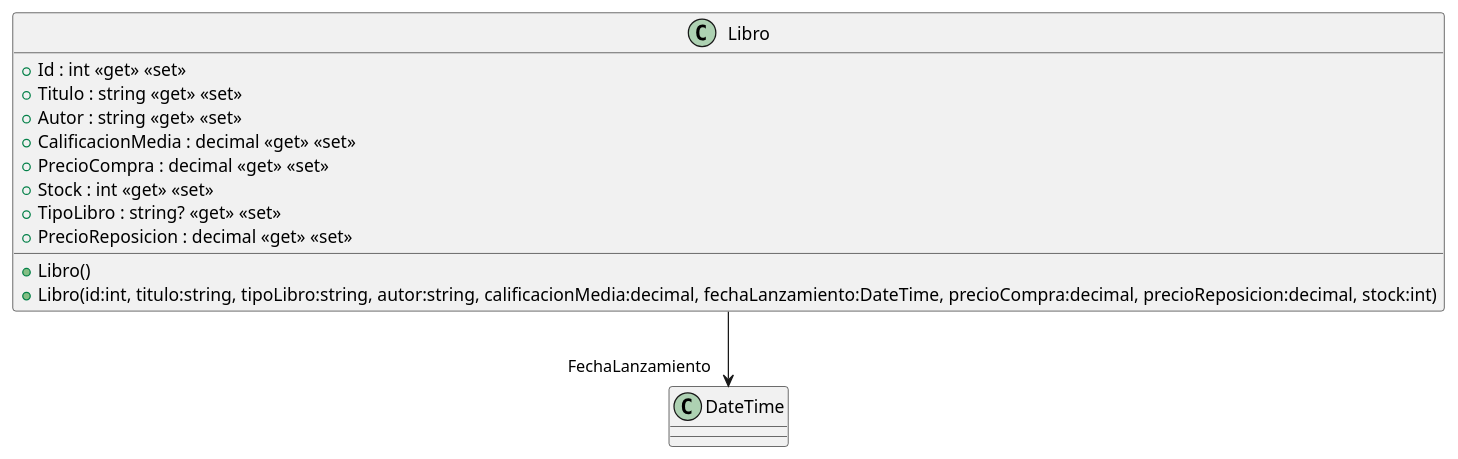
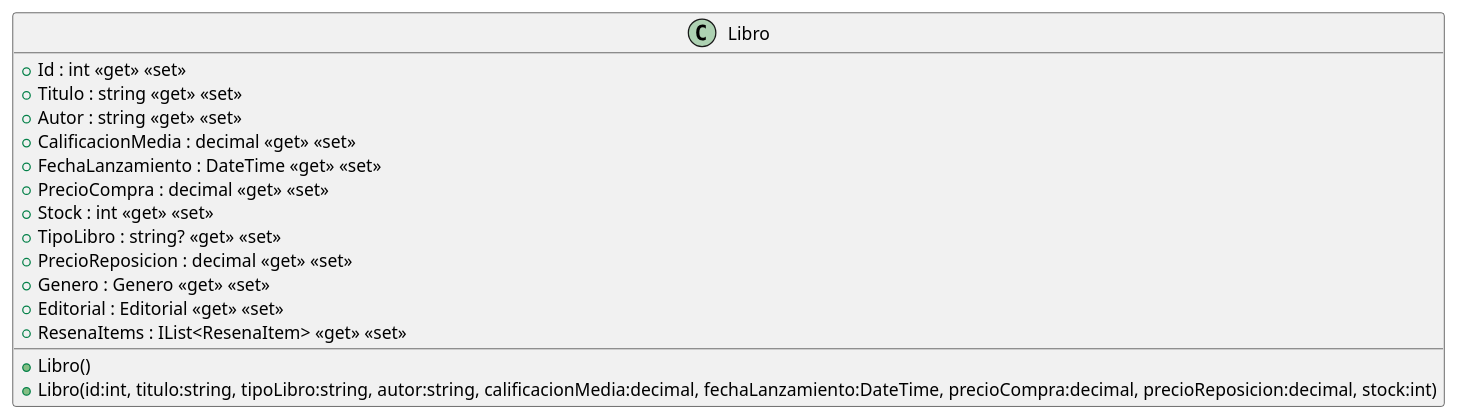
Before and after one commit to ISII2627LosGremlins/ISII2627LosGremlins: the diagram in src/AppForSEII.API/ClassDiagram/Libro.puml, drawn with PlantUML. The commit also changed 14 other files, not shown here.

```diff
--- a/src/AppForSEII.API/ClassDiagram/Libro.puml
+++ b/src/AppForSEII.API/ClassDiagram/Libro.puml
@@ -1,15 +1,18 @@
 @startuml
 class Libro {
     + Libro()
     + Libro(id:int, titulo:string, tipoLibro:string, autor:string, calificacionMedia:decimal, fechaLanzamiento:DateTime, precioCompra:decimal, precioReposicion:decimal, stock:int)
     + Id : int <<get>> <<set>>
     + Titulo : string <<get>> <<set>>
     + Autor : string <<get>> <<set>>
     + CalificacionMedia : decimal <<get>> <<set>>
+    + FechaLanzamiento : DateTime <<get>> <<set>>
     + PrecioCompra : decimal <<get>> <<set>>
     + Stock : int <<get>> <<set>>
     + TipoLibro : string? <<get>> <<set>>
     + PrecioReposicion : decimal <<get>> <<set>>
+    + Genero : Genero <<get>> <<set>>
+    + Editorial : Editorial <<get>> <<set>>
+    + ResenaItems : IList<ResenaItem> <<get>> <<set>>
 }
-Libro --> "FechaLanzamiento" DateTime
 @enduml
```
